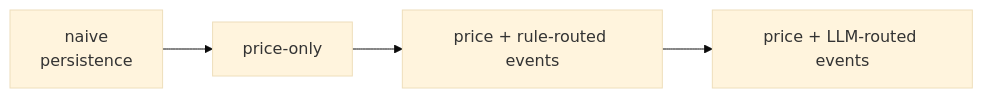
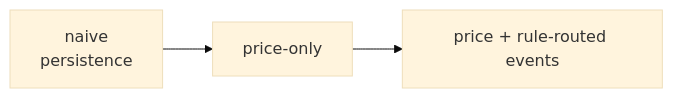
The third of 3 diagrams in docs/forecasting.md (jameelhamdan/event-horizon), drawn with Mermaid (base theme) before and after one commit. The commit also changed other lines of this file and 17 other files, not shown here.

````diff
--- a/docs/forecasting.md
+++ b/docs/forecasting.md
@@ -115,6 +116,5 @@
 ```mermaid
 flowchart LR
     A[naive<br/>persistence] --> B[price-only]
     B --> C[price + rule-routed events]
-    C --> D[price + LLM-routed events]
 ```
````
